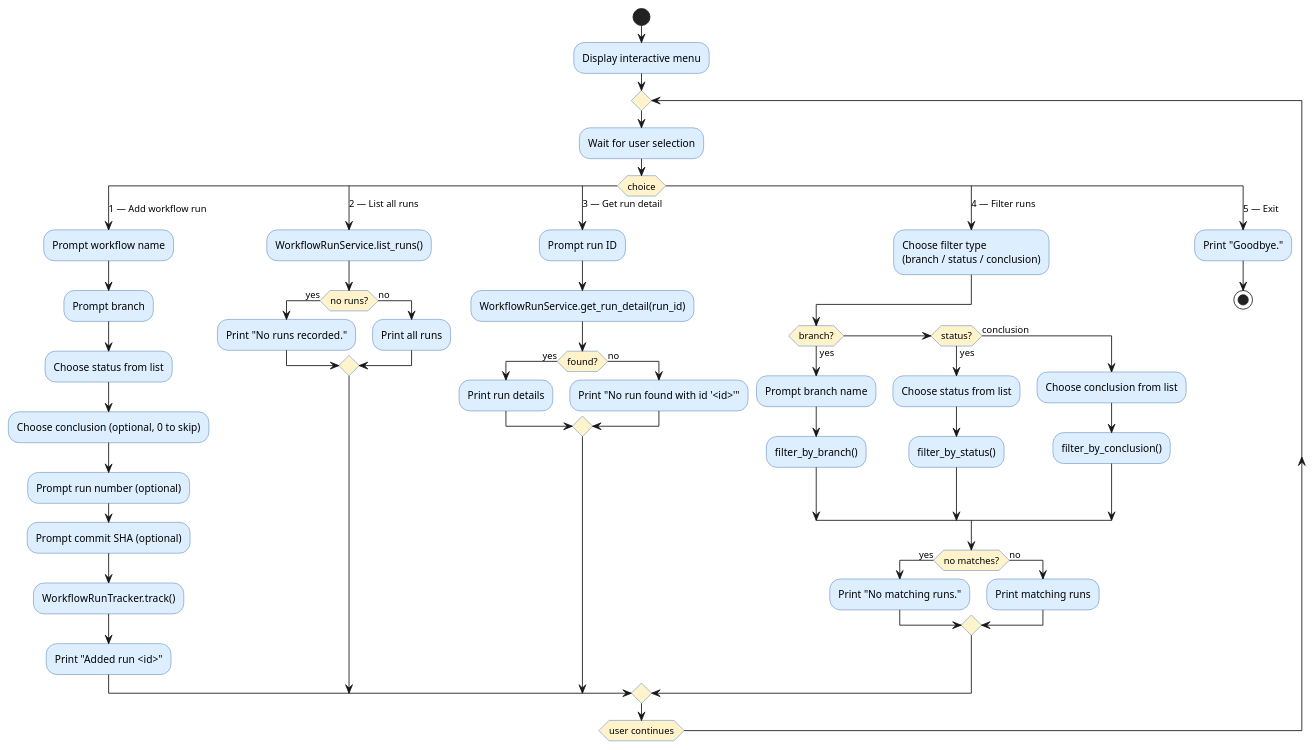
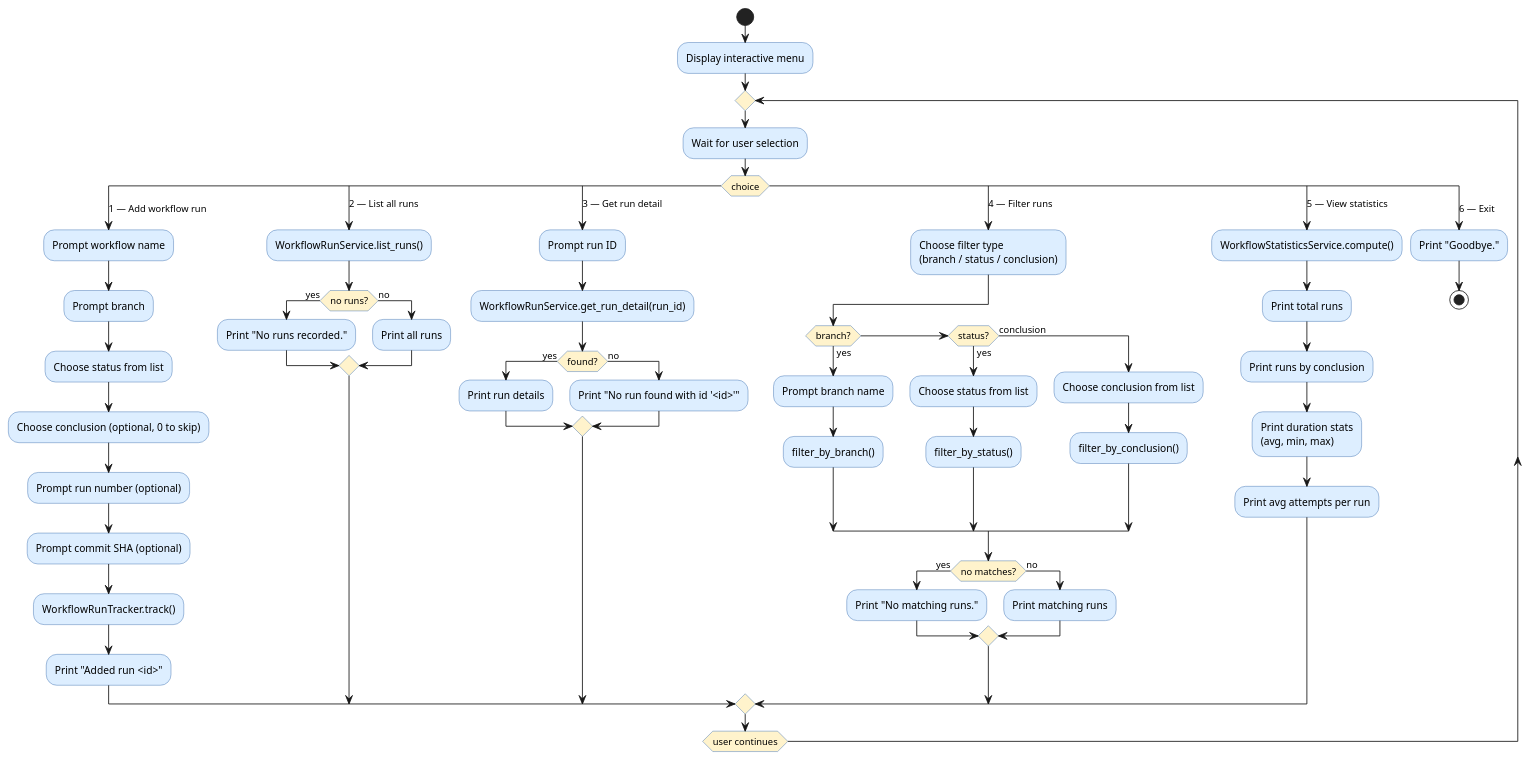
The diagram in experiments/broadcast/test_driven/github-workflow-manager/artifacts/activity_diagram_interactive.puml (DanielRiha8906/Software_autoevolution_using_agents), drawn with PlantUML before and after one commit. The commit also changed 4 other files, not shown here.

First line of the commit message:
docs: Update UML diagrams for Task 06 (WorkflowStatisticsService)

```diff
--- a/experiments/broadcast/test_driven/github-workflow-manager/artifacts/activity_diagram_interactive.puml
+++ b/experiments/broadcast/test_driven/github-workflow-manager/artifacts/activity_diagram_interactive.puml
@@ -1,70 +1,77 @@
 @startuml activity_diagram_interactive
 
 skinparam activityBackgroundColor #DDEEFF
 skinparam activityBorderColor     #3366AA
 skinparam activityDiamondBackgroundColor #FFF3CC
 
 start
 
 :Display interactive menu;
 
 repeat
 
   :Wait for user selection;
 
   switch (choice)
 
     case (1 — Add workflow run)
       :Prompt workflow name;
       :Prompt branch;
       :Choose status from list;
       :Choose conclusion (optional, 0 to skip);
       :Prompt run number (optional);
       :Prompt commit SHA (optional);
       :WorkflowRunTracker.track();
       :Print "Added run <id>";
 
     case (2 — List all runs)
       :WorkflowRunService.list_runs();
       if (no runs?) then (yes)
         :Print "No runs recorded.";
       else (no)
         :Print all runs;
       endif
 
     case (3 — Get run detail)
       :Prompt run ID;
       :WorkflowRunService.get_run_detail(run_id);
       if (found?) then (yes)
         :Print run details;
       else (no)
         :Print "No run found with id '<id>'";
       endif
 
     case (4 — Filter runs)
       :Choose filter type\n(branch / status / conclusion);
       if (branch?) then (yes)
         :Prompt branch name;
         :filter_by_branch();
       elseif (status?) then (yes)
         :Choose status from list;
         :filter_by_status();
       else (conclusion)
         :Choose conclusion from list;
         :filter_by_conclusion();
       endif
       if (no matches?) then (yes)
         :Print "No matching runs.";
       else (no)
         :Print matching runs;
       endif
 
-    case (5 — Exit)
+    case (5 — View statistics)
+      :WorkflowStatisticsService.compute();
+      :Print total runs;
+      :Print runs by conclusion;
+      :Print duration stats\n(avg, min, max);
+      :Print avg attempts per run;
+
+    case (6 — Exit)
       :Print "Goodbye.";
       stop
 
   endswitch
 
 repeat while (user continues)
 
 @enduml
```
